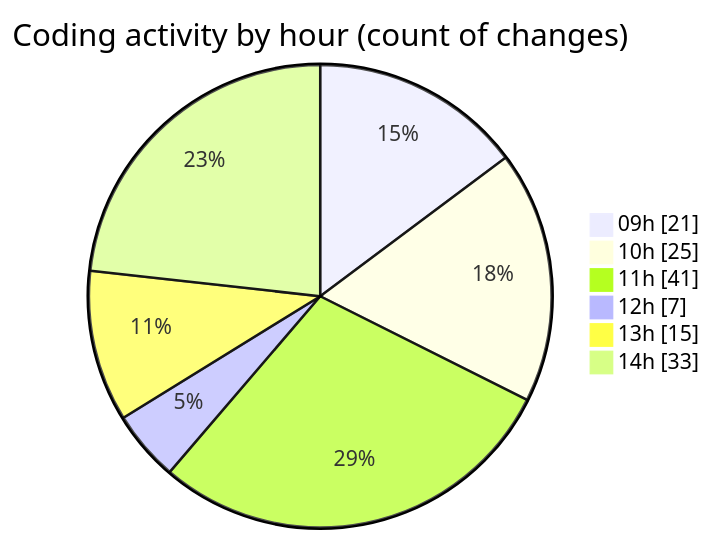
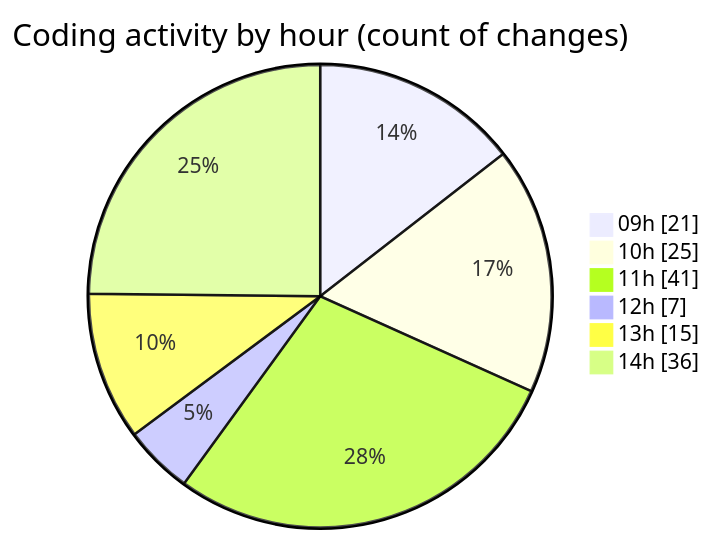
The second of 2 diagrams in 2025-12-01/cda/README.md (momahboobian/code-tracking), drawn with Mermaid before and after one commit. The commit also changed other lines of this file and 1 other file, not shown here.

````diff
--- a/2025-12-01/cda/README.md
+++ b/2025-12-01/cda/README.md
@@ -48,10 +49,10 @@
 ```mermaid
 pie showData
 title Coding activity by hour (count of changes)
 "09h" : 21
 "10h" : 25
 "11h" : 41
 "12h" : 7
 "13h" : 15
-"14h" : 33
+"14h" : 36
 ```
````
